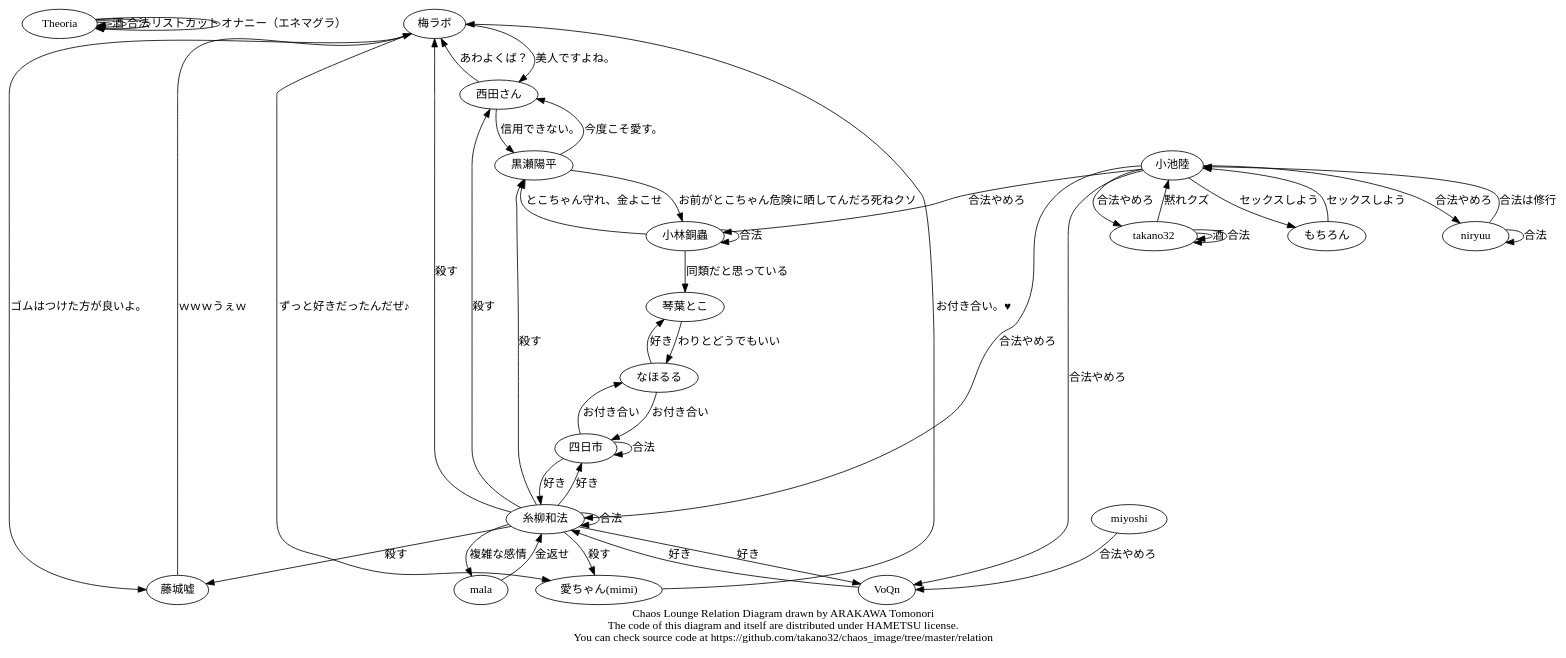
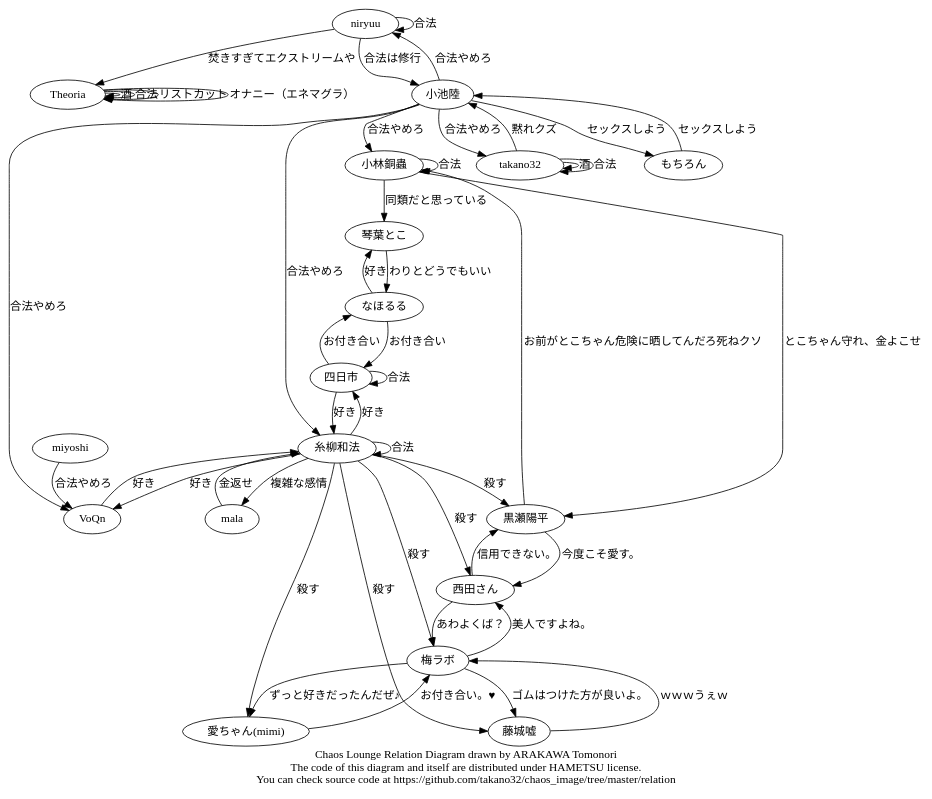
The diagram in chaos.dot (takano32/DynamicRelationGraph), drawn with Graphviz before and after one commit.

```diff
--- a/chaos.dot
+++ b/chaos.dot
@@ -1,54 +1,55 @@
 digraph Chaos {
   Theoria   -> Theoria  [label = "酒"];
   Theoria   -> Theoria  [label = "合法"];
   Theoria   -> Theoria  [label = "リストカット"];
   Theoria   -> Theoria  [label = "オナニー（エネマグラ）"];
   梅ラボ    -> 藤城嘘   [label = "ゴムはつけた方が良いよ。"];
   梅ラボ    -> 西田さん [label = "美人ですよね。"];
   梅ラボ -> "愛ちゃん(mimi)" [label = "ずっと好きだったんだぜ♪"];
   藤城嘘   -> 梅ラボ   [label = "ｗｗｗうぇｗ"];
   西田さん -> 梅ラボ   [label = "あわよくば？"];
   西田さん -> 黒瀬陽平 [label = "信用できない。"];
   黒瀬陽平 -> 西田さん [label = "今度こそ愛す。"];
   黒瀬陽平 -> 小林銅蟲 [label = "お前がとこちゃん危険に晒してんだろ死ねクソ"];
   "愛ちゃん(mimi)" -> 梅ラボ [label = "お付き合い。♥"];
   糸柳和法 -> 梅ラボ  [label = "殺す"];
   糸柳和法 -> 藤城嘘   [label = "殺す"];
   糸柳和法 -> 黒瀬陽平 [label = "殺す"];
   糸柳和法 -> 西田さん [label = "殺す"];
   糸柳和法 -> "愛ちゃん(mimi)" [label = "殺す"];
   糸柳和法 -> 四日市 [label = "好き"];
   糸柳和法 -> VoQn [label = "好き"];
   糸柳和法 -> mala [label = "複雑な感情"];
   糸柳和法 -> 糸柳和法 [label = "合法"];
   mala -> 糸柳和法 [label = "金返せ"];
   小池陸 -> 糸柳和法 [label = "合法やめろ"];
   小池陸 -> takano32 [label = "合法やめろ"];
   小池陸 -> 小林銅蟲 [label = "合法やめろ"];
   小池陸 -> VoQn [label = "合法やめろ"];
   小池陸 -> もちろん [label = "セックスしよう"];
   もちろん -> 小池陸 [label = "セックスしよう"];
   miyoshi -> VoQn [label = "合法やめろ"];
   小林銅蟲 -> 黒瀬陽平 [label = "とこちゃん守れ、金よこせ"];
   小林銅蟲 -> 琴葉とこ [label = "同類だと思っている"];
   小林銅蟲 -> 小林銅蟲 [label = "合法"];
   takano32 -> 小池陸 [label = "黙れクズ"];
   takano32 -> takano32 [label = "酒"];
   takano32 -> takano32 [label = "合法"];
   なほるる -> 琴葉とこ [label = "好き"];
   なほるる -> 四日市 [label = "お付き合い"];
   琴葉とこ -> なほるる [label = "わりとどうでもいい"];
   四日市 -> なほるる [label = "お付き合い"];
   四日市 -> 糸柳和法 [label = "好き"];
   四日市 -> 四日市 [label = "合法"];
   VoQn -> 糸柳和法 [label = "好き"];
   小池陸 -> niryuu [label = "合法やめろ"];
   niryuu -> 小池陸 [label = "合法は修行"];
   niryuu -> niryuu [label = "合法"];
+  niryuu -> Theoria [label = "焚きすぎてエクストリームや"];
   subgraph cluster_hoge {
     style = filled;
     color = lightgrey;
     // see also http://graphviz.org/content/cluster
   }
   label = "Chaos Lounge Relation Diagram drawn by ARAKAWA Tomonori\nThe code of this diagram and itself are distributed under HAMETSU license.\nYou can check source code at https://github.com/takano32/chaos_image/tree/master/relation";
 }
```
